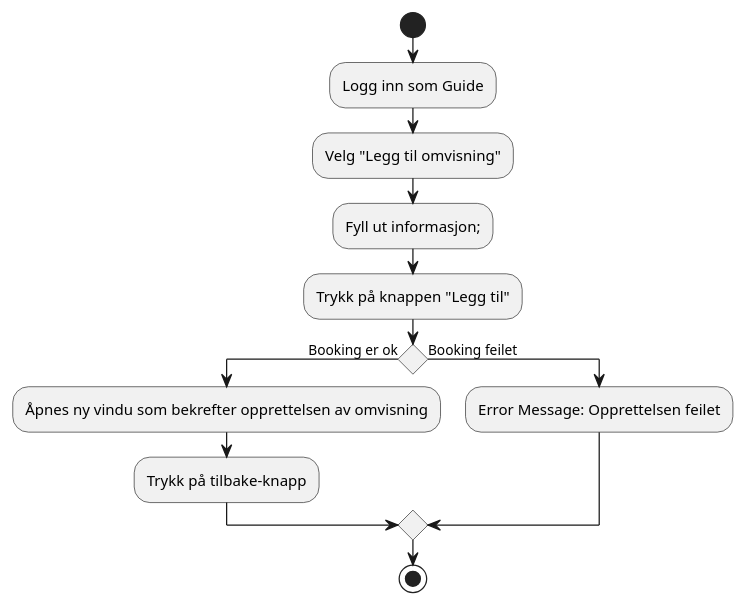
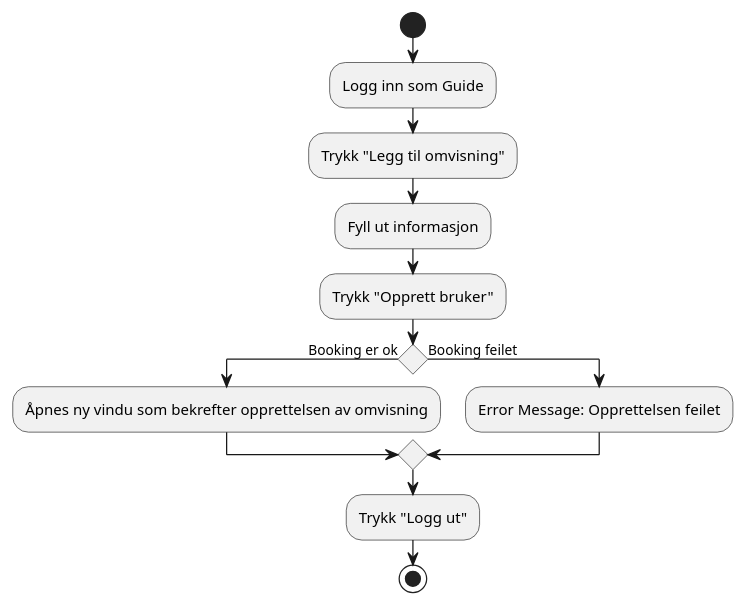
Before and after one commit to WaalerThomas/ITF20319_Gruppe13: the diagram in models/ActivityDiagram/GuideMakeBooking.puml, drawn with PlantUML. The commit also changed 2 other files, not shown here.

Commit message:
Fix: Did some small changes on activity diagram

```diff
--- a/models/ActivityDiagram/GuideMakeBooking.puml
+++ b/models/ActivityDiagram/GuideMakeBooking.puml
@@ -1,15 +1,15 @@
 @startuml
 'Aktivitet: Guide skal legge til en omvisning
 start
 :Logg inn som Guide;
-:Velg "Legg til omvisning";
-:Fyll ut informasjon;;
-:Trykk på knappen "Legg til";
+:Trykk "Legg til omvisning";
+:Fyll ut informasjon;
+:Trykk "Opprett bruker";
 if () is (Booking er ok) then
   :Åpnes ny vindu som bekrefter opprettelsen av omvisning;
-  :Trykk på tilbake-knapp;
 else (Booking feilet)
   :Error Message: Opprettelsen feilet;
 endif
+:Trykk "Logg ut";
 stop
 @enduml
```
